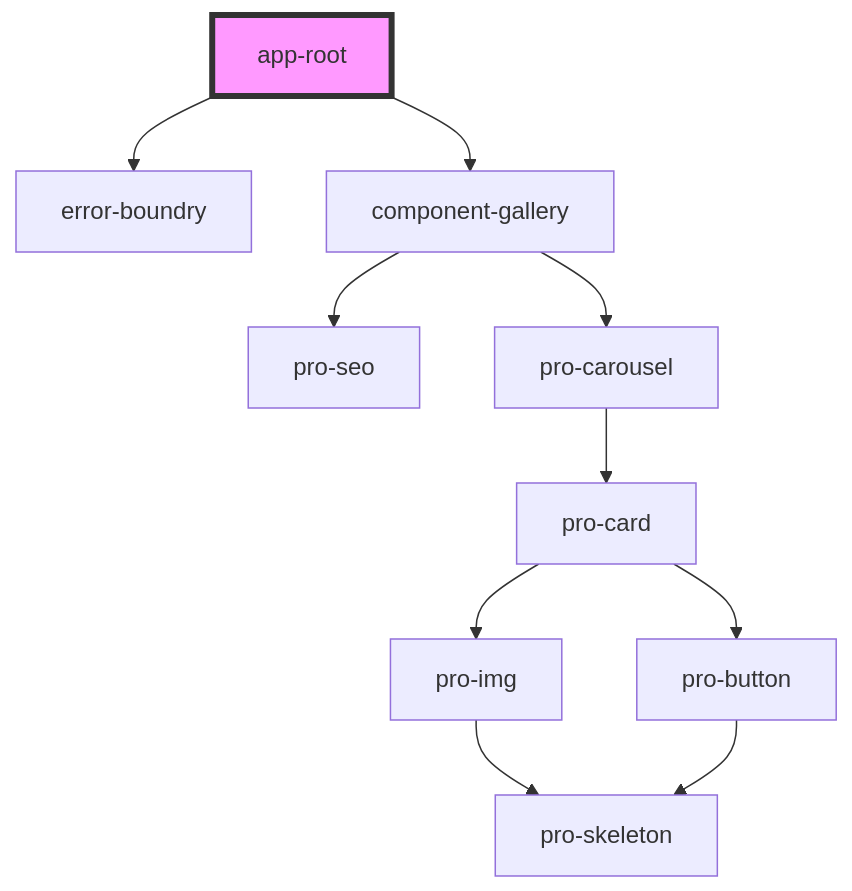
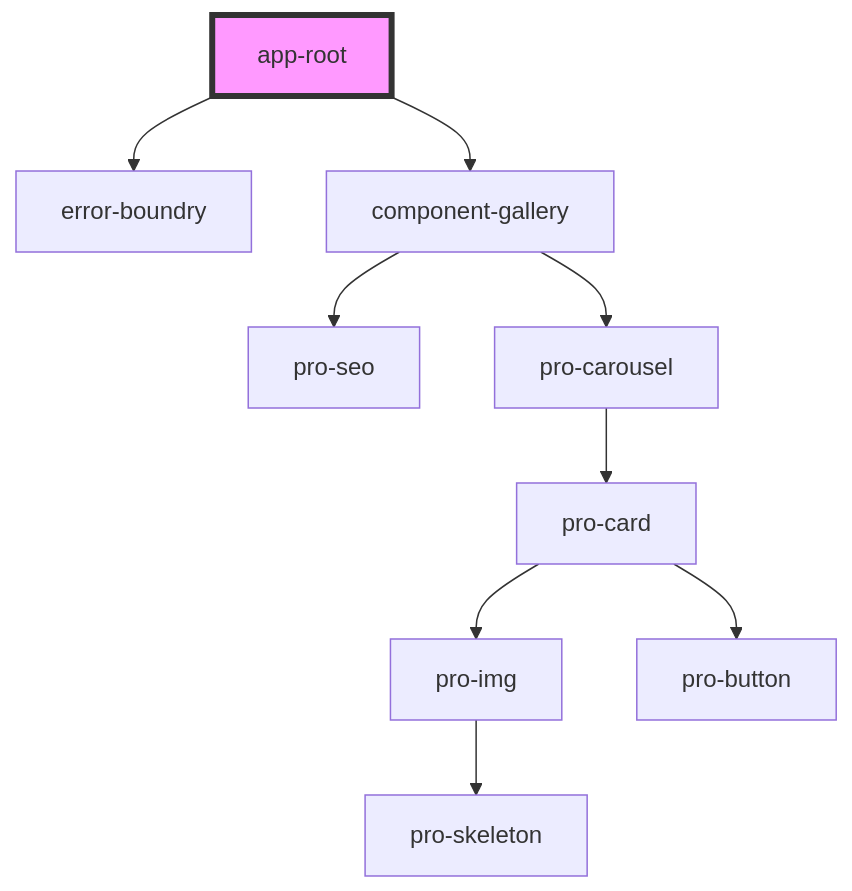
Before and after one commit to aab1dh/pro: the diagram in lib/components/src/readme.md, drawn with Mermaid. The commit also changed 11 other files, not shown here.

````diff
--- a/lib/components/src/readme.md
+++ b/lib/components/src/readme.md
@@ -16,13 +16,12 @@
 ```mermaid
 graph TD;
   app-root --> error-boundry
   app-root --> component-gallery
   component-gallery --> pro-seo
   component-gallery --> pro-carousel
   pro-carousel --> pro-card
   pro-card --> pro-img
   pro-card --> pro-button
   pro-img --> pro-skeleton
-  pro-button --> pro-skeleton
   style app-root fill:#f9f,stroke:#333,stroke-width:4px
 ```
````
